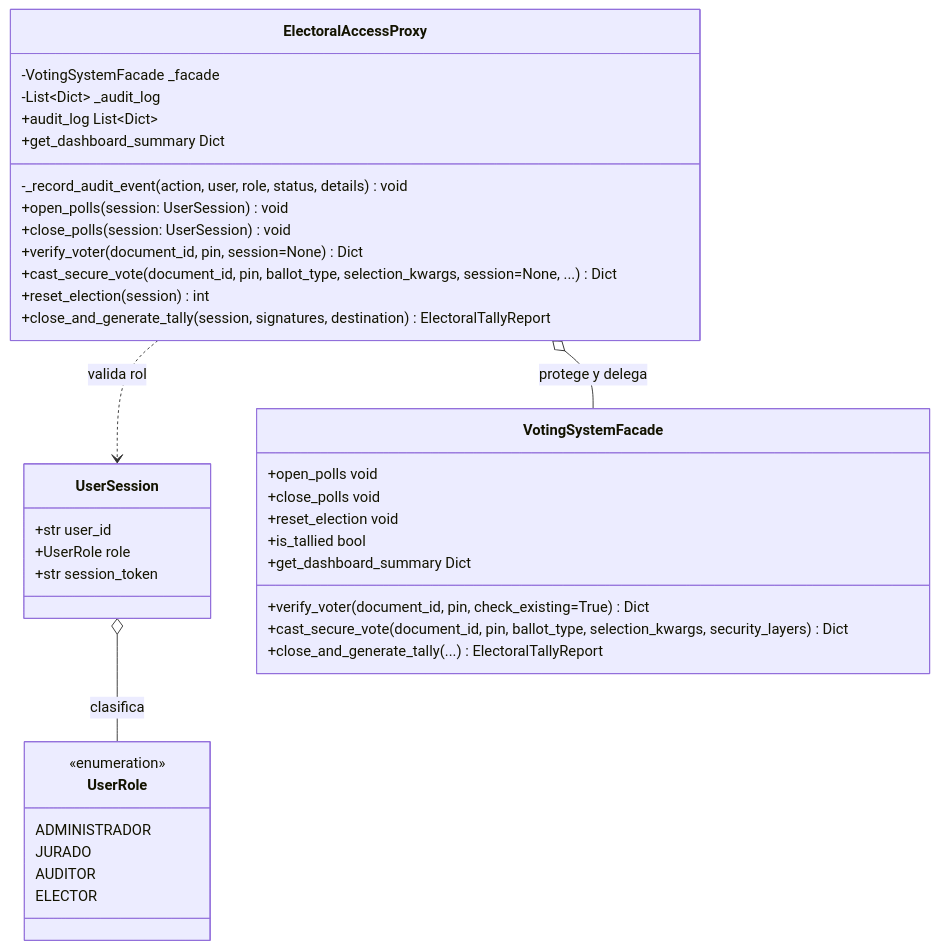
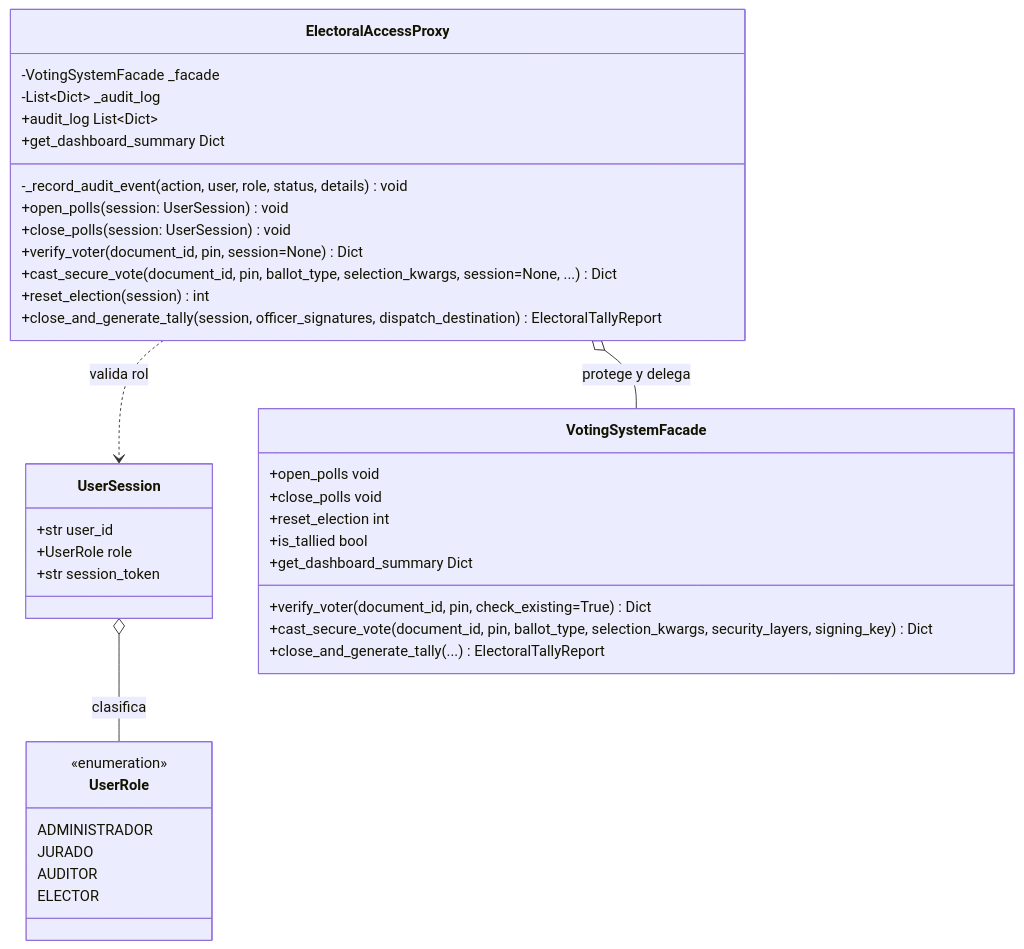
The first of 2 diagrams in docs/avances/patron_proxy_flyweight.md (yesidexe/pdsa194), drawn with Mermaid before and after one commit. The commit also changed other lines of this file and 16 other files, not shown here.

````diff
--- a/docs/avances/patron_proxy_flyweight.md
+++ b/docs/avances/patron_proxy_flyweight.md
@@ -54,50 +54,50 @@
 ```mermaid
 classDiagram
     direction TB
 
     %% Contexto de Sesión
     class UserRole {
         <<enumeration>>
         ADMINISTRADOR
         JURADO
         AUDITOR
         ELECTOR
     }
 
     class UserSession {
         +str user_id
         +UserRole role
         +str session_token
     }
 
     %% Sujeto Real (RealSubject)
     class VotingSystemFacade {
         +open_polls void
         +close_polls void
         +verify_voter(document_id, pin, check_existing=True) Dict
-        +cast_secure_vote(document_id, pin, ballot_type, selection_kwargs, security_layers) Dict
-        +reset_election void
+        +cast_secure_vote(document_id, pin, ballot_type, selection_kwargs, security_layers, signing_key) Dict
+        +reset_election int
         +is_tallied bool
         +close_and_generate_tally(...) ElectoralTallyReport
         +get_dashboard_summary Dict
     }
 
     %% Sustituto Protector (Proxy)
     class ElectoralAccessProxy {
         -VotingSystemFacade _facade
         -List~Dict~ _audit_log
         +audit_log List~Dict~
         -_record_audit_event(action, user, role, status, details) void
         +open_polls(session: UserSession) void
         +close_polls(session: UserSession) void
         +verify_voter(document_id, pin, session=None) Dict
         +cast_secure_vote(document_id, pin, ballot_type, selection_kwargs, session=None, ...) Dict
         +reset_election(session) int
-        +close_and_generate_tally(session, signatures, destination) ElectoralTallyReport
+        +close_and_generate_tally(session, officer_signatures, dispatch_destination) ElectoralTallyReport
         +get_dashboard_summary Dict
     }
 
     ElectoralAccessProxy o-- VotingSystemFacade : protege y delega
     ElectoralAccessProxy ..> UserSession : valida rol
     UserSession o-- UserRole : clasifica
 ```
````
